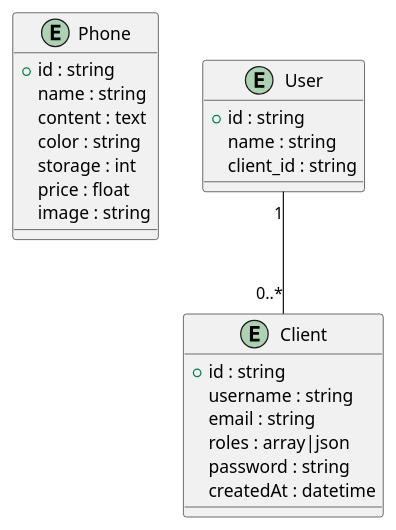
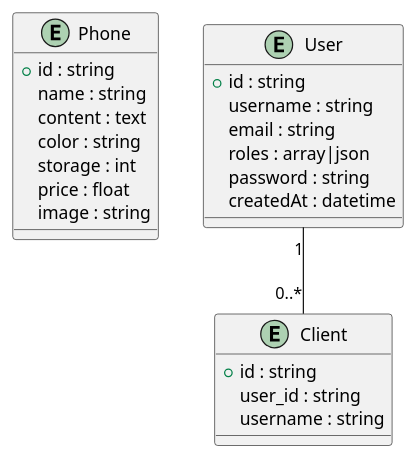
Before and after one commit to Waarrez/P7: the diagram in docs/Diagrammes de classe/entities.puml, drawn with PlantUML. The commit also changed 21 other files, not shown here.

```diff
--- a/docs/Diagrammes de classe/entities.puml
+++ b/docs/Diagrammes de classe/entities.puml
@@ -1,30 +1,30 @@
 @startuml
 
 entity "Phone" {
   + id : string
   name : string
   content : text
   color : string
   storage : int
   price : float
   image : string
 }
 
 entity "User" {
   + id : string
-    name : string
-    client_id : string
+    username : string
+    email : string
+    roles : array|json
+    password : string
+    createdAt : datetime
 }
 
 entity "Client" {
     + id : string
-      username : string
-      email : string
-      roles : array|json
-      password : string
-      createdAt : datetime
+     user_id : string
+     username : string
 }
 
 User "1" -- "0..*" Client
 
 @enduml
```
